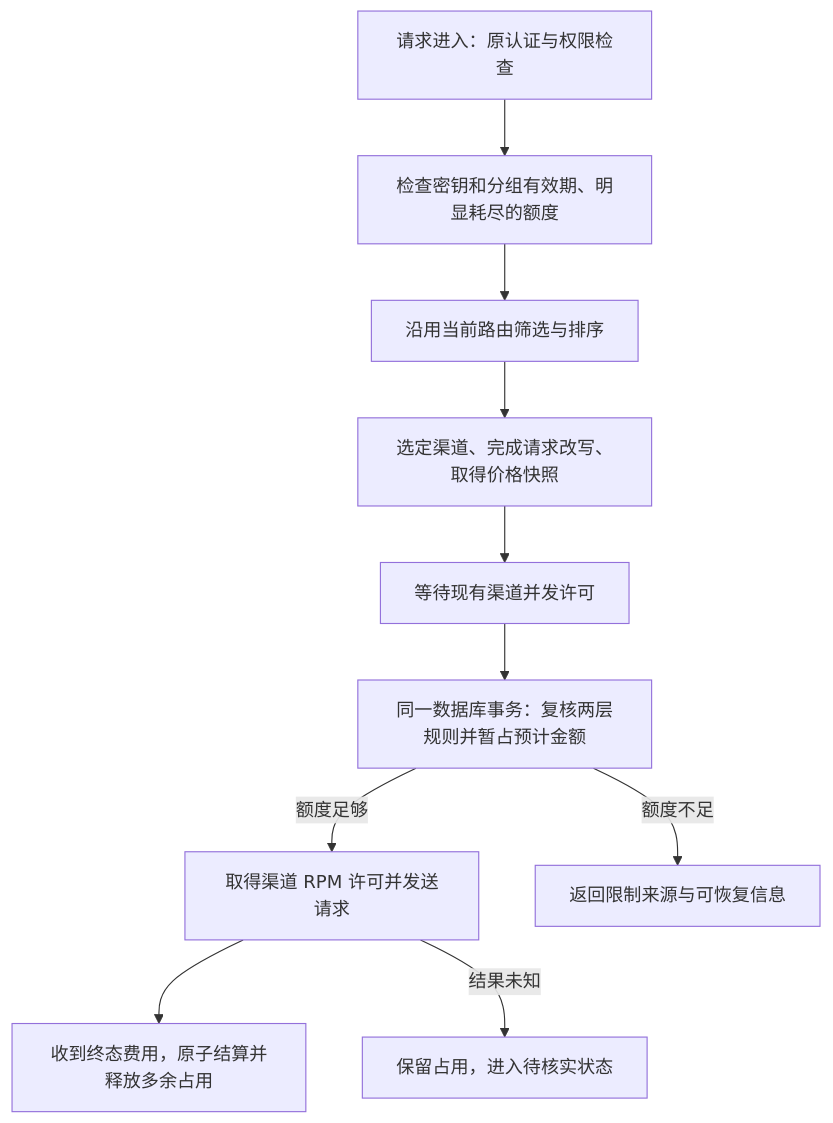
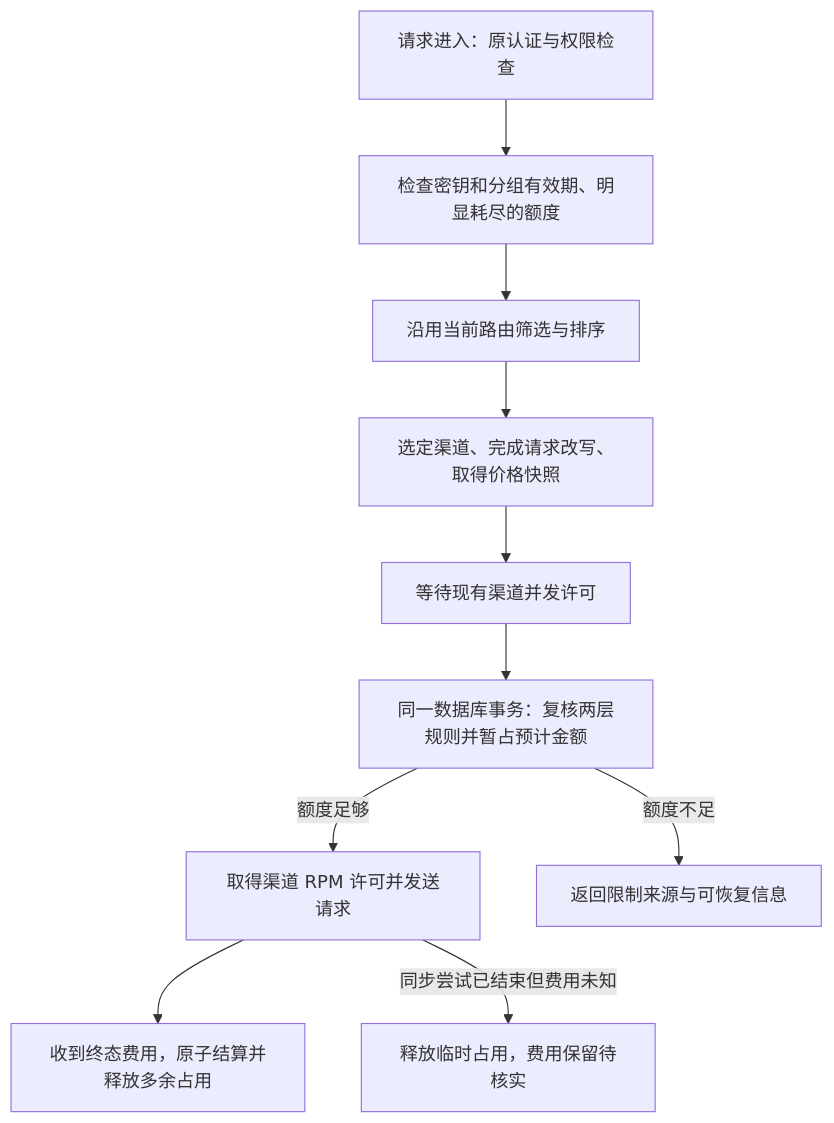
Before and after one commit to Syh1906/axon-hub: the diagram in docs/solutions/api-key-group-budgets.md, drawn with Mermaid. The commit also changed other lines of this file and 149 other files, not shown here.

````diff
--- a/docs/solutions/api-key-group-budgets.md
+++ b/docs/solutions/api-key-group-budgets.md
@@ -216,12 +216,12 @@
 ```mermaid
 flowchart TD
     A[请求进入：原认证与权限检查] --> B[检查密钥和分组有效期、明显耗尽的额度]
     B --> C[沿用当前路由筛选与排序]
     C --> D[选定渠道、完成请求改写、取得价格快照]
     D --> E[等待现有渠道并发许可]
     E --> F[同一数据库事务：复核两层规则并暂占预计金额]
     F -->|额度足够| G[取得渠道 RPM 许可并发送请求]
     F -->|额度不足| H[返回限制来源与可恢复信息]
     G --> I[收到终态费用，原子结算并释放多余占用]
-    G -->|结果未知| J[保留占用，进入待核实状态]
+    G -->|同步尝试已结束但费用未知| J[释放临时占用，费用保留待核实]
 ```
````
